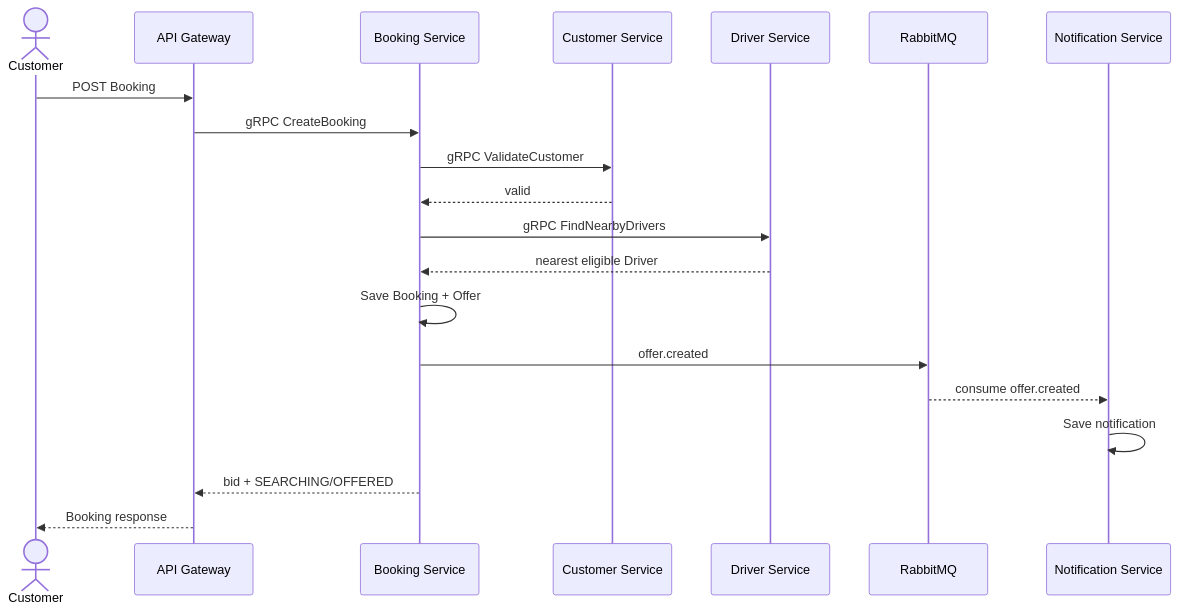
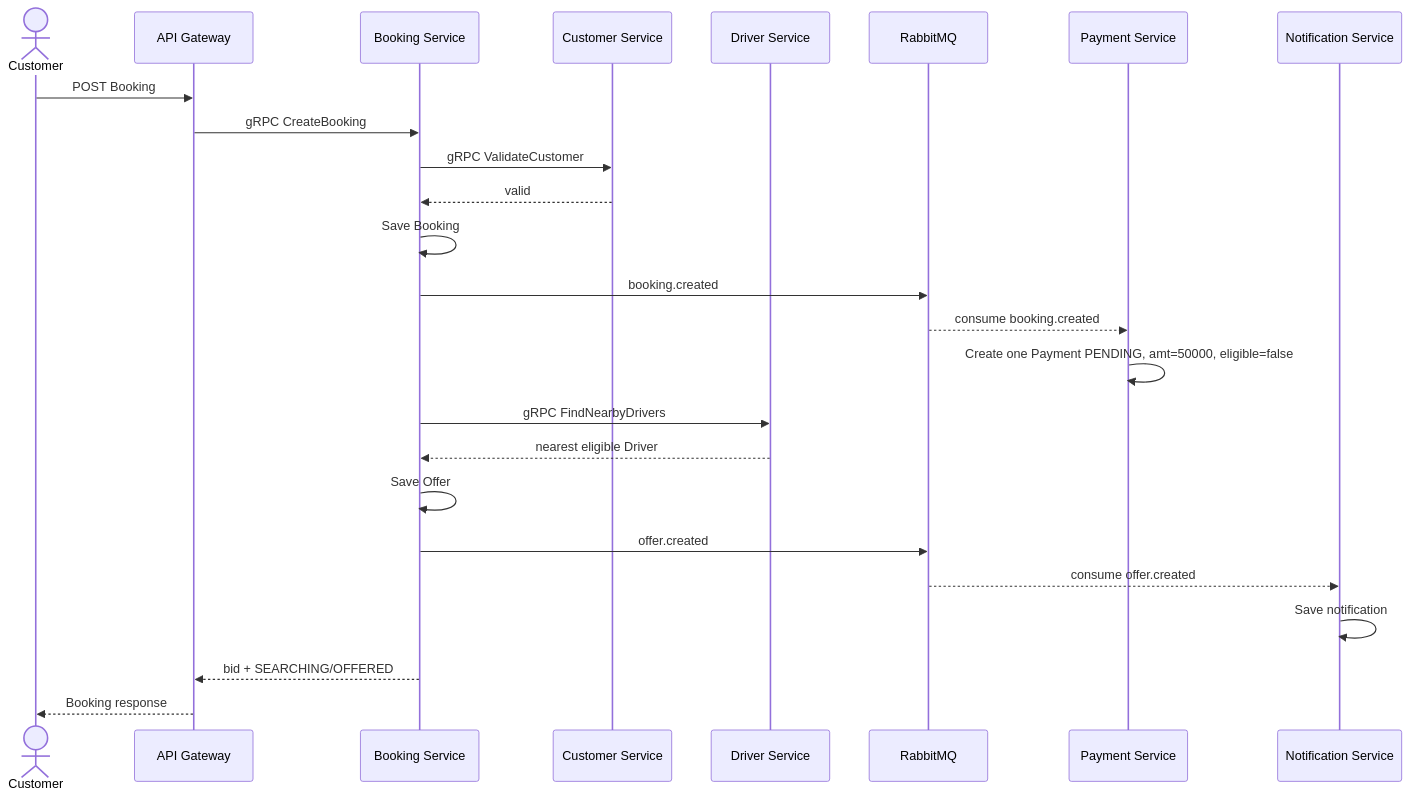
One commit to kanztran2605/23646731_TranQuocKhang_Cabsystem changed the eighth of 21 diagrams in docs/requirements/SRS.md. Above: the diagram before and after it, drawn with Mermaid. The commit also changed other lines of this file and 5 other files, not shown here.

````diff
--- a/docs/requirements/SRS.md
+++ b/docs/requirements/SRS.md
@@ -533,23 +541,28 @@
 ```mermaid
 sequenceDiagram
     actor C as Customer
     participant G as API Gateway
     participant B as Booking Service
     participant CU as Customer Service
     participant D as Driver Service
     participant MQ as RabbitMQ
+    participant P as Payment Service
     participant N as Notification Service
 
     C->>G: POST Booking
     G->>B: gRPC CreateBooking
     B->>CU: gRPC ValidateCustomer
     CU-->>B: valid
+    B->>B: Save Booking
+    B->>MQ: booking.created
+    MQ-->>P: consume booking.created
+    P->>P: Create one Payment PENDING, amt=50000, eligible=false
     B->>D: gRPC FindNearbyDrivers
     D-->>B: nearest eligible Driver
-    B->>B: Save Booking + Offer
+    B->>B: Save Offer
     B->>MQ: offer.created
     MQ-->>N: consume offer.created
     N->>N: Save notification
     B-->>G: bid + SEARCHING/OFFERED
     G-->>C: Booking response
 ```
````
